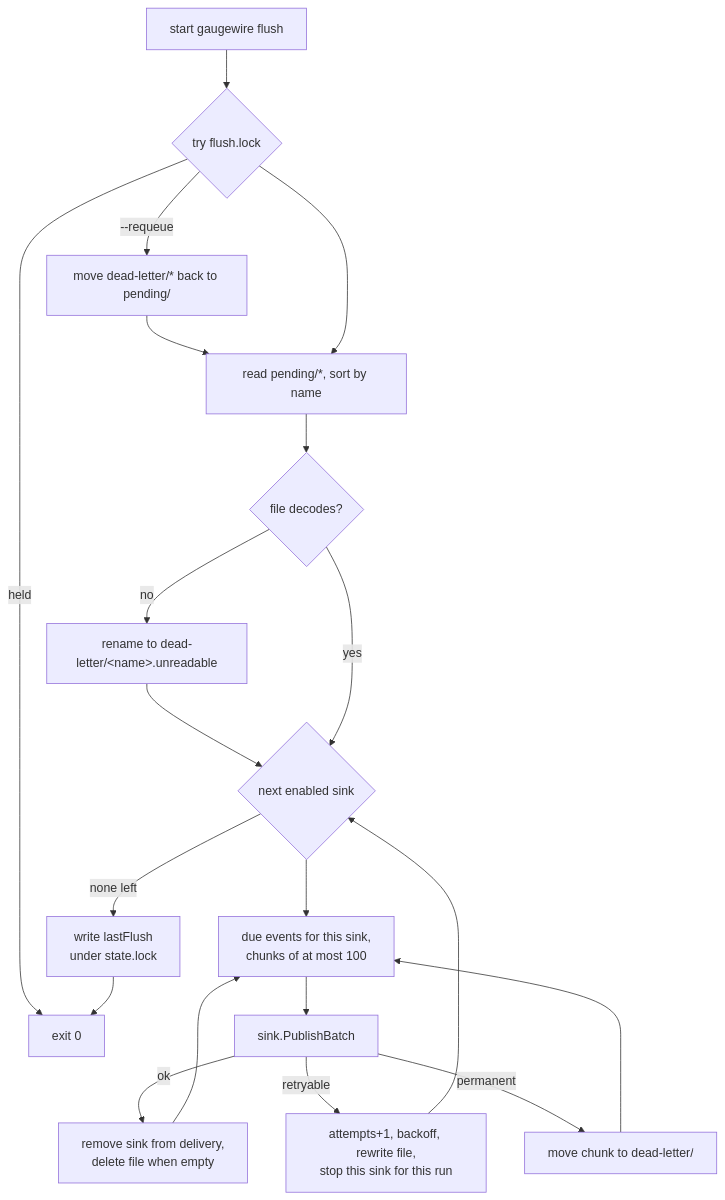
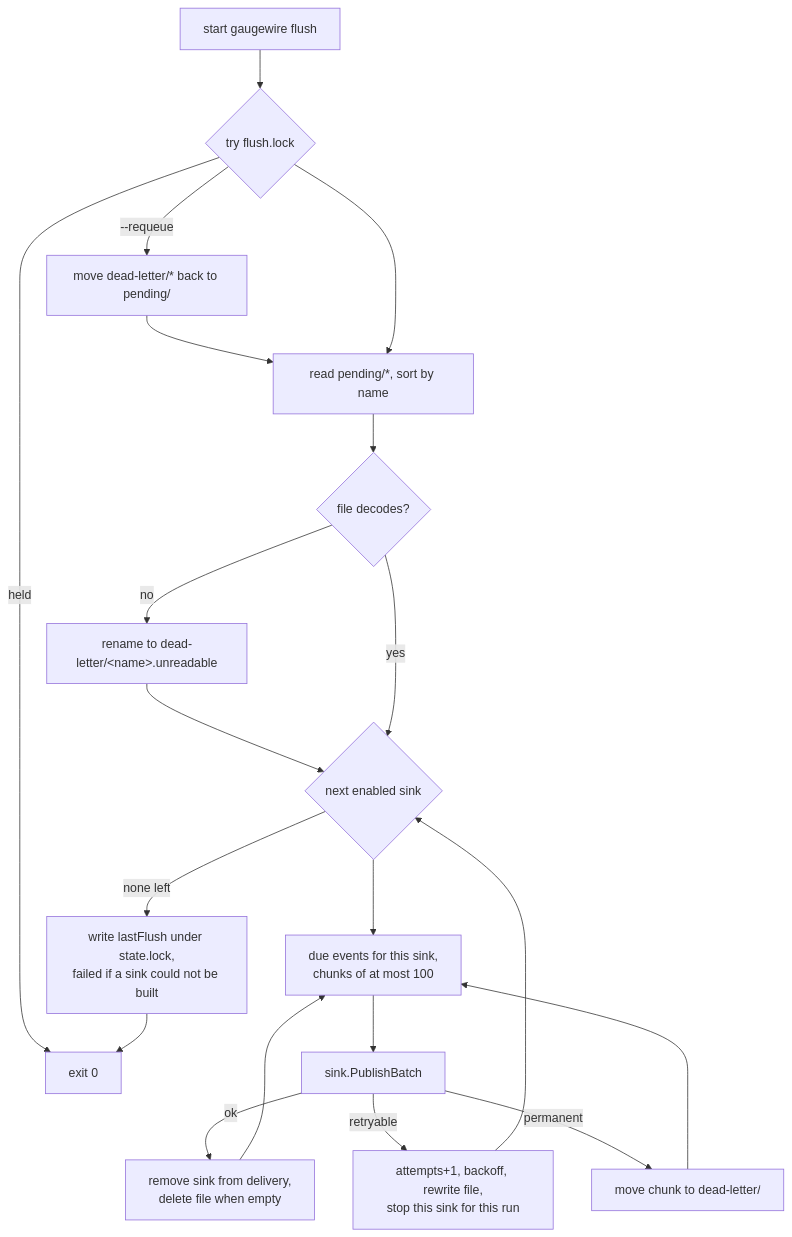
Before and after one commit to sulcer/gaugewire: the diagram in docs/spec/gaugewire/spool-and-flush.md, drawn with Mermaid. The commit also changed other lines of this file and 7 other files, not shown here.

Commit message:
fix: fail the flush when a configured sink cannot be built

````diff
--- a/docs/spec/gaugewire/spool-and-flush.md
+++ b/docs/spec/gaugewire/spool-and-flush.md
@@ -15,17 +15,17 @@
 ```mermaid
 flowchart TD
     S[start gaugewire flush] --> L{try flush.lock}
     L -->|held| X[exit 0]
     L -->|"--requeue"| RQ["move dead-letter/* back to pending/"] --> R
     L --> R[read pending/*, sort by name]
     R --> U{"file decodes?"}
     U -->|no| Q["rename to dead-letter/&lt;name&gt;.unreadable"] --> K
     U -->|yes| K
     K{next enabled sink}
-    K -->|none left| W["write lastFlush<br/>under state.lock"] --> X
+    K -->|none left| W["write lastFlush under state.lock,<br/>failed if a sink could not be built"] --> X
     K --> D["due events for this sink,<br/>chunks of at most 100"]
     D --> P[sink.PublishBatch]
     P -->|ok| A["remove sink from delivery,<br/>delete file when empty"] --> D
     P -->|retryable| B["attempts+1, backoff, rewrite file,<br/>stop this sink for this run"] --> K
     P -->|permanent| M[move chunk to dead-letter/] --> D
 ```
````
